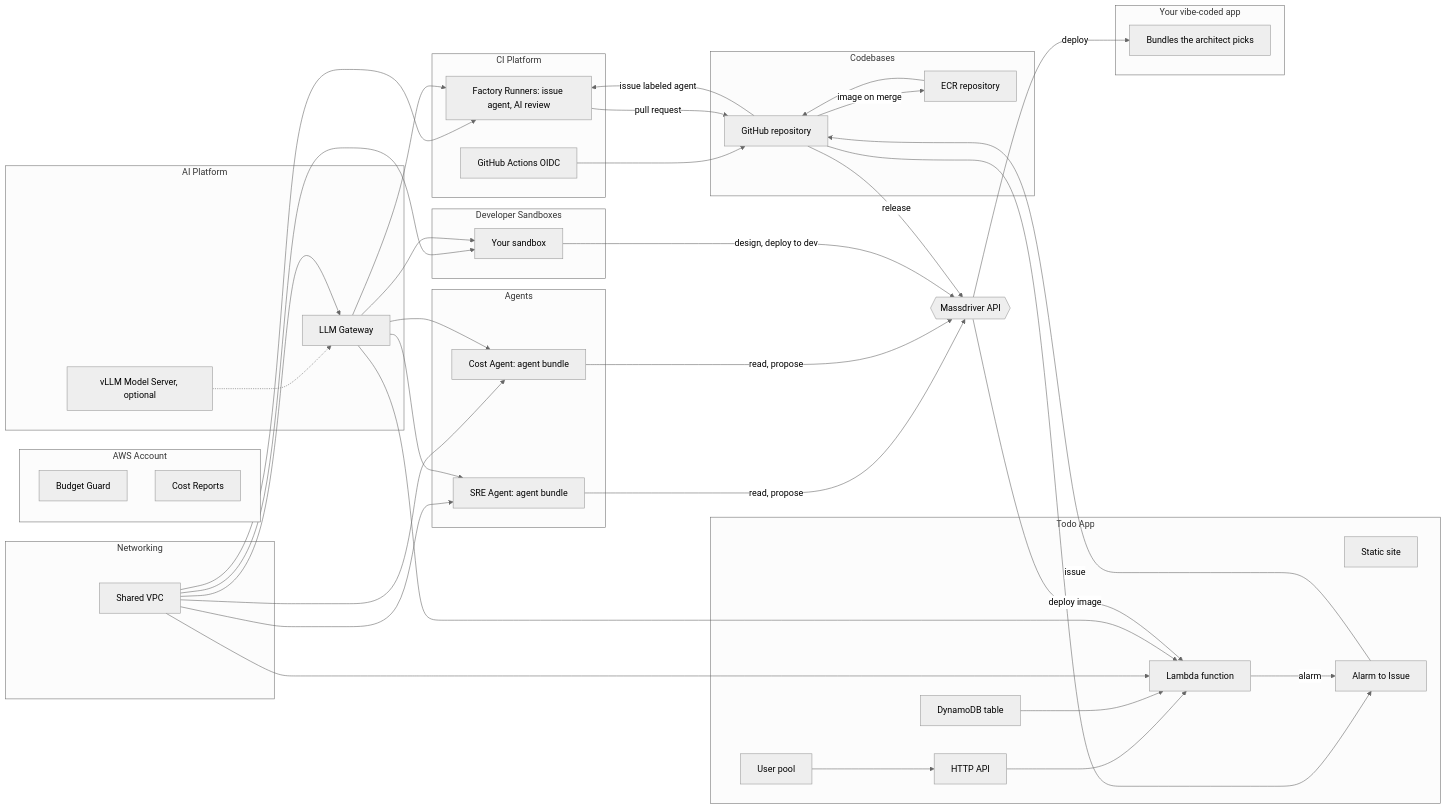
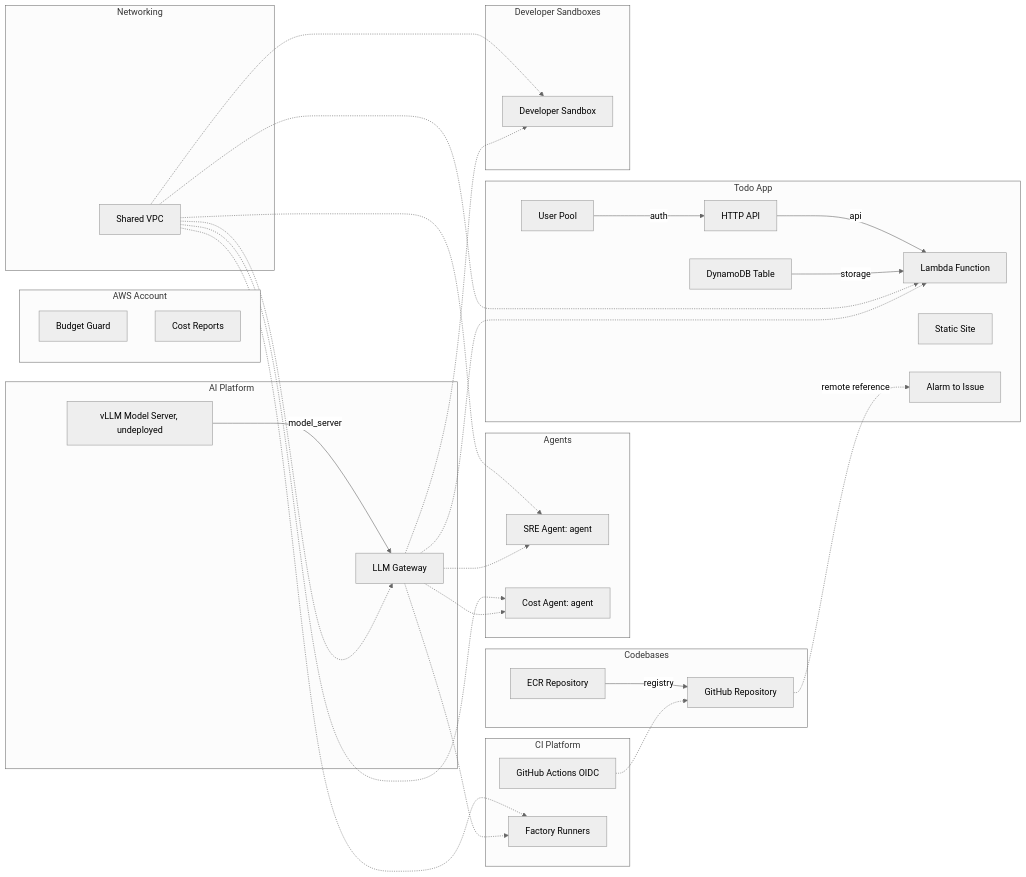
One commit to massdriver-catalogs/aws-software-factory changed the second of 2 diagrams in WORKSHOP.md. Above: the diagram before and after it, drawn with Mermaid (neutral theme). The commit also changed other lines of this file and 1 other file, not shown here.

Commit message:
Show the projects with their environment defaults, and each canvas's bundles

````diff
--- a/WORKSHOP.md
+++ b/WORKSHOP.md
@@ -20,56 +53,39 @@
 ```mermaid
 flowchart LR
   subgraph ACCT[AWS Account]
     BG[Budget Guard]
     CR[Cost Reports]
   end
   subgraph NET[Networking]
     VPC[Shared VPC]
   end
   subgraph AI[AI Platform]
-    GPU["vLLM Model Server, optional"] -.-> GW[LLM Gateway]
+    GPU["vLLM Model Server, undeployed"] -->|model_server| GW[LLM Gateway]
   end
   subgraph CI[CI Platform]
-    RUN["Factory Runners: issue agent, AI review"]
     OIDC[GitHub Actions OIDC]
+    RUN[Factory Runners]
+  end
+  subgraph AG[Agents]
+    SRE["SRE Agent: agent"]
+    COST["Cost Agent: agent"]
   end
   subgraph CB[Codebases]
-    ECR[ECR repository]
-    REPO[GitHub repository]
+    ECR[ECR Repository] -->|registry| REPO[GitHub Repository]
   end
   subgraph APP[Todo App]
-    USR[User pool] --> API[HTTP API]
-    API --> FN[Lambda function]
-    TBL[DynamoDB table] --> FN
-    WEB[Static site]
+    USR[User Pool] -->|auth| API[HTTP API]
+    API -->|api| FN[Lambda Function]
+    TBL[DynamoDB Table] -->|storage| FN
+    WEB[Static Site]
     A2I[Alarm to Issue]
   end
   subgraph DS[Developer Sandboxes]
-    SB[Your sandbox]
+    SB[Developer Sandbox]
   end
-  subgraph AG[Agents]
-    SRE["SRE Agent: agent bundle"]
-    COST["Cost Agent: agent bundle"]
-  end
-  subgraph NA[Your vibe-coded app]
-    NAPP["Bundles the architect picks"]
-  end
-  MD{{Massdriver API}}
 
-  VPC --> GW & RUN & FN & SB & SRE & COST
-  GW --> RUN & FN & SB & SRE & COST
-  OIDC --> REPO
-  ECR --> REPO
-  REPO --> A2I
-
-  REPO -->|issue labeled agent| RUN
-  RUN -->|pull request| REPO
-  REPO -->|image on merge| ECR
-  REPO -->|release| MD
-  MD -->|deploy image| FN
-  FN -->|alarm| A2I
-  A2I -->|issue| REPO
-  SRE & COST -->|read, propose| MD
-  SB -->|design, deploy to dev| MD
-  MD -->|deploy| NAPP
+  VPC -.-> GW & RUN & SRE & COST & FN & SB
+  GW -.-> RUN & SRE & COST & FN & SB
+  OIDC -.-> REPO
+  REPO -.->|remote reference| A2I
 ```
````
